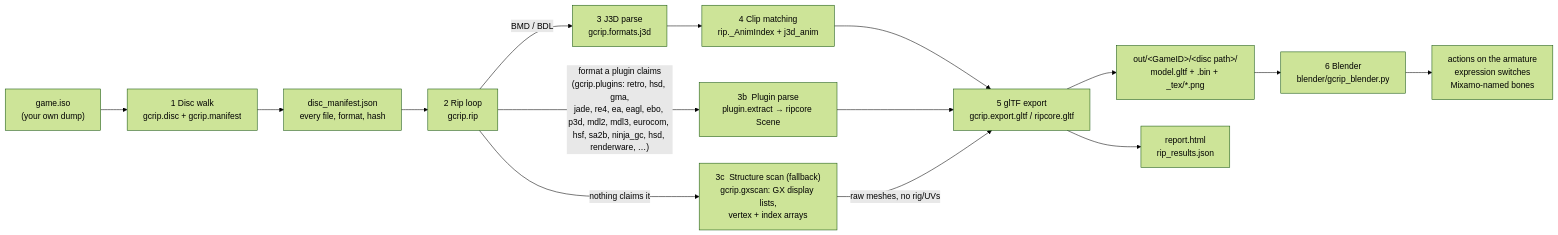
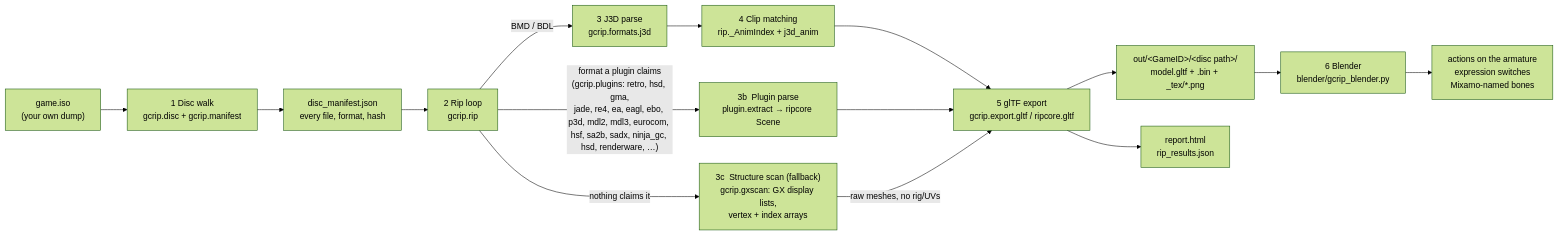
Before and after one commit to Felbs/3d-ripper-9000: the first of 9 diagrams in docs/PIPELINE.md, drawn with Mermaid (forest theme). The commit also changed other lines of this file and 2 other files, not shown here.

First line of the commit message:
docs: SADX/SA2B REL path in the ledger, chart and Sonic Team note

````diff
--- a/docs/PIPELINE.md
+++ b/docs/PIPELINE.md
@@ -11,17 +11,17 @@
 ```mermaid
 flowchart LR
     ISO["game.iso<br/>(your own dump)"] --> WALK["1  Disc walk<br/>gcrip.disc + gcrip.manifest"]
     WALK --> MAN["disc_manifest.json<br/>every file, format, hash"]
     MAN --> RIP["2  Rip loop<br/>gcrip.rip"]
     RIP -->|"BMD / BDL"| J3D["3  J3D parse<br/>gcrip.formats.j3d"]
-    RIP -->|"format a plugin claims<br/>(gcrip.plugins: retro, hsd, gma,<br/>jade, re4, ea, eagl, ebo, p3d, mdl2, mdl3, eurocom, hsf, sa2b, ninja_gc, hsd, renderware, …)"| PLUG["3b  Plugin parse<br/>plugin.extract → ripcore Scene"]
+    RIP -->|"format a plugin claims<br/>(gcrip.plugins: retro, hsd, gma,<br/>jade, re4, ea, eagl, ebo, p3d, mdl2, mdl3, eurocom, hsf, sa2b, sadx, ninja_gc, hsd, renderware, …)"| PLUG["3b  Plugin parse<br/>plugin.extract → ripcore Scene"]
     RIP -->|"nothing claims it"| GX["3c  Structure scan (fallback)<br/>gcrip.gxscan: GX display lists,<br/>vertex + index arrays"]
     J3D --> ANIM["4  Clip matching<br/>rip._AnimIndex + j3d_anim"]
     ANIM --> GLTF["5  glTF export<br/>gcrip.export.gltf / ripcore.gltf"]
     PLUG --> GLTF
     GX -->|"raw meshes, no rig/UVs"| GLTF
     GLTF --> OUT["out/&lt;GameID&gt;/&lt;disc path&gt;/<br/>model.gltf + .bin + _tex/*.png"]
     GLTF --> REP["report.html<br/>rip_results.json"]
     OUT --> BL["6  Blender<br/>blender/gcrip_blender.py"]
     BL --> PLAY["actions on the armature<br/>expression switches<br/>Mixamo-named bones"]
 ```
````
